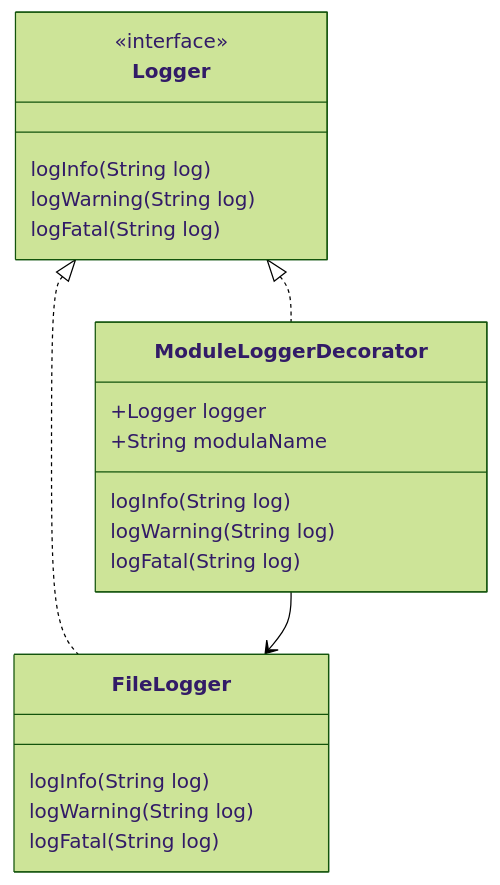
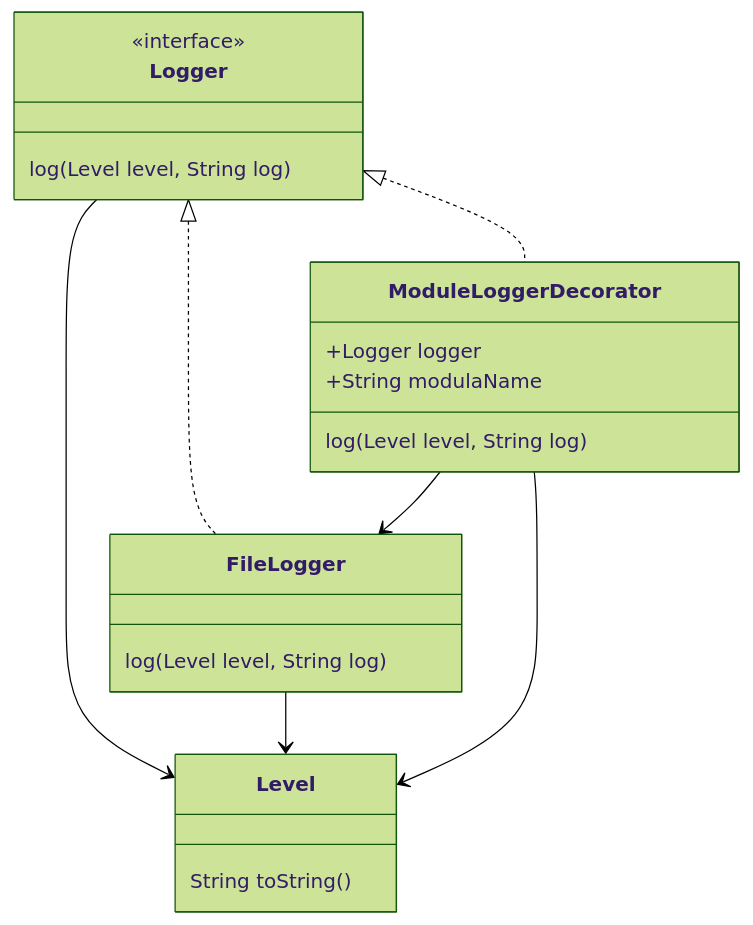
One commit to ColAshN65/FirstTeamProject changed the sixth of 6 diagrams in README.md. Above: the diagram before and after it, drawn with Mermaid (forest theme).

Commit message:
Readme logger corrections
Скорректирован уровень логов отдельный объект.

````diff
--- a/README.md
+++ b/README.md
@@ -308,31 +308,34 @@
 ```mermaid
 classDiagram
 
   Logger <|.. ModuleLoggerDecorator
   Logger <|.. FileLogger
 
   ModuleLoggerDecorator --> FileLogger
 
+  Logger --> Level
+  FileLogger --> Level
+  ModuleLoggerDecorator --> Level
+
   class Logger{
     <<interface>>
-    logInfo(String log)
-    logWarning(String log)
-    logFatal(String log)
+    log(Level level, String log)
+  }
+
+  class Level{
+
+    String toString()
   }
 
   class ModuleLoggerDecorator{
     +Logger logger
     +String modulaName
 
-    logInfo(String log)
-    logWarning(String log)
-    logFatal(String log)
+    log(Level level, String log)
   }
 
   class FileLogger{
-    logInfo(String log)
-    logWarning(String log)
-    logFatal(String log)
+    log(Level level, String log)
   }
 
 ```
````
